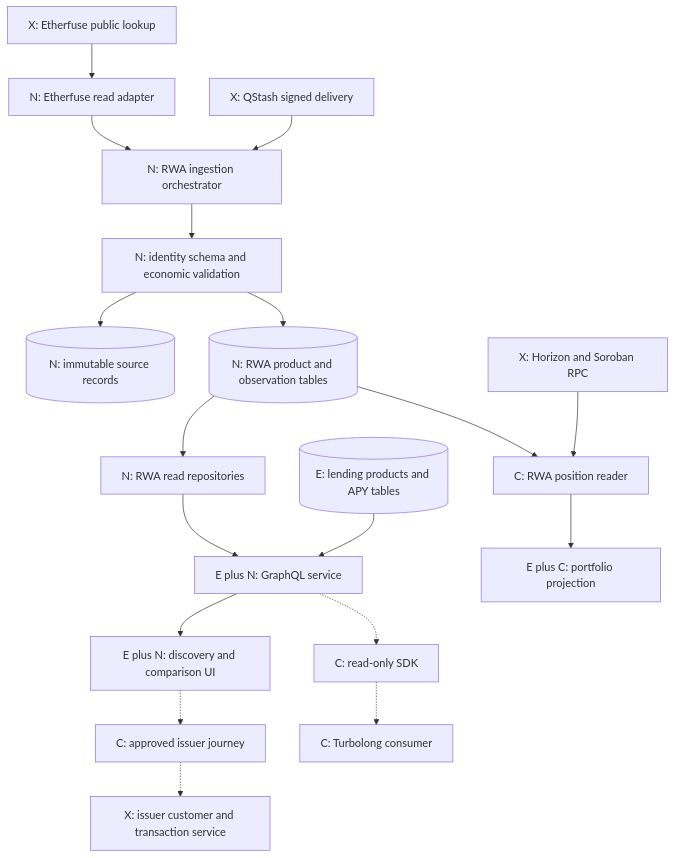
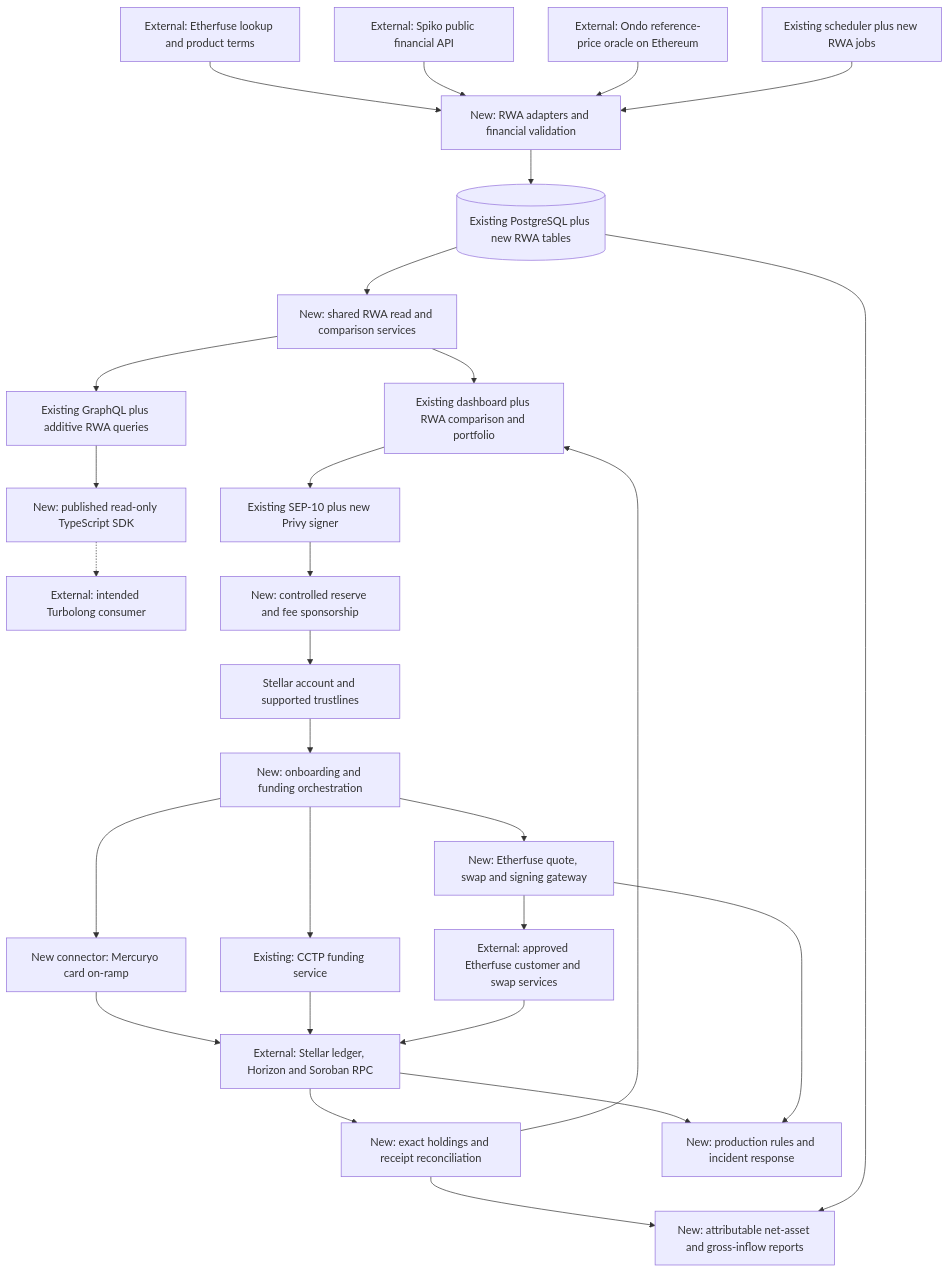
Before and after one commit to lendwise-fi/lendwise: the first of 21 diagrams in docs/rwa-integration-architecture/TECHNICAL_ARCHITECTURE.md, drawn with Mermaid. The commit also changed other lines of this file and 2 other files, not shown here.

Commit message:
docs: detail the complete RWA integration architecture

````diff
--- a/docs/rwa-integration-architecture/TECHNICAL_ARCHITECTURE.md
+++ b/docs/rwa-integration-architecture/TECHNICAL_ARCHITECTURE.md
@@ -33,20 +36,30 @@
 ```mermaid
 flowchart TB
-  EF["X: Etherfuse public lookup"] --> Adapter["N: Etherfuse read adapter"]
-  Adapter --> Jobs["N: RWA ingestion orchestrator"]
-  Q["X: QStash signed delivery"] --> Jobs
-  Jobs --> Validate["N: identity schema and economic validation"]
-  Validate --> Records[("N: immutable source records")]
-  Validate --> RWA[("N: RWA product and observation tables")]
-  RWA --> Repo["N: RWA read repositories"]
-  Lending[("E: lending products and APY tables")] --> GQL["E plus N: GraphQL service"]
-  Repo --> GQL
-  GQL --> UI["E plus N: discovery and comparison UI"]
-  Horizon["X: Horizon and Soroban RPC"] --> Position["C: RWA position reader"]
-  RWA --> Position
-  Position --> Portfolio["E plus C: portfolio projection"]
-  GQL -.-> SDK["C: read-only SDK"]
-  SDK -.-> Turbo["C: Turbolong consumer"]
-  UI -.-> Journey["C: approved issuer journey"]
-  Journey -.-> Issuer["X: issuer customer and transaction service"]
+  EF["External: Etherfuse lookup and product terms"] --> Adapters["New: RWA adapters and financial validation"]
+  SPIKO["External: Spiko public financial API"] --> Adapters
+  ONDO["External: Ondo reference-price oracle on Ethereum"] --> Adapters
+  Jobs["Existing scheduler plus new RWA jobs"] --> Adapters
+  Adapters --> Store[("Existing PostgreSQL plus new RWA tables")]
+  Store --> Read["New: shared RWA read and comparison services"]
+  Read --> UI["Existing dashboard plus RWA comparison and portfolio"]
+  Read --> GQL["Existing GraphQL plus additive RWA queries"]
+  GQL --> SDK["New: published read-only TypeScript SDK"]
+  SDK -.-> Pilot["External: intended Turbolong consumer"]
+  UI --> Auth["Existing SEP-10 plus new Privy signer"]
+  Auth --> Sponsor["New: controlled reserve and fee sponsorship"]
+  Sponsor --> Setup["Stellar account and supported trustlines"]
+  Setup --> Fund["New: onboarding and funding orchestration"]
+  Fund --> Mercuryo["New connector: Mercuryo card on-ramp"]
+  Fund --> CCTP["Existing: CCTP funding service"]
+  Mercuryo --> Ledger["External: Stellar ledger, Horizon and Soroban RPC"]
+  CCTP --> Ledger
+  Fund --> Purchase["New: Etherfuse quote, swap and signing gateway"]
+  Purchase --> Issuer["External: approved Etherfuse customer and swap services"]
+  Issuer --> Ledger
+  Ledger --> Positions["New: exact holdings and receipt reconciliation"]
+  Positions --> UI
+  Positions --> Reports["New: attributable net-asset and gross-inflow reports"]
+  Store --> Reports
+  Ledger --> Monitor["New: production rules and incident response"]
+  Purchase --> Monitor
 ```
````
